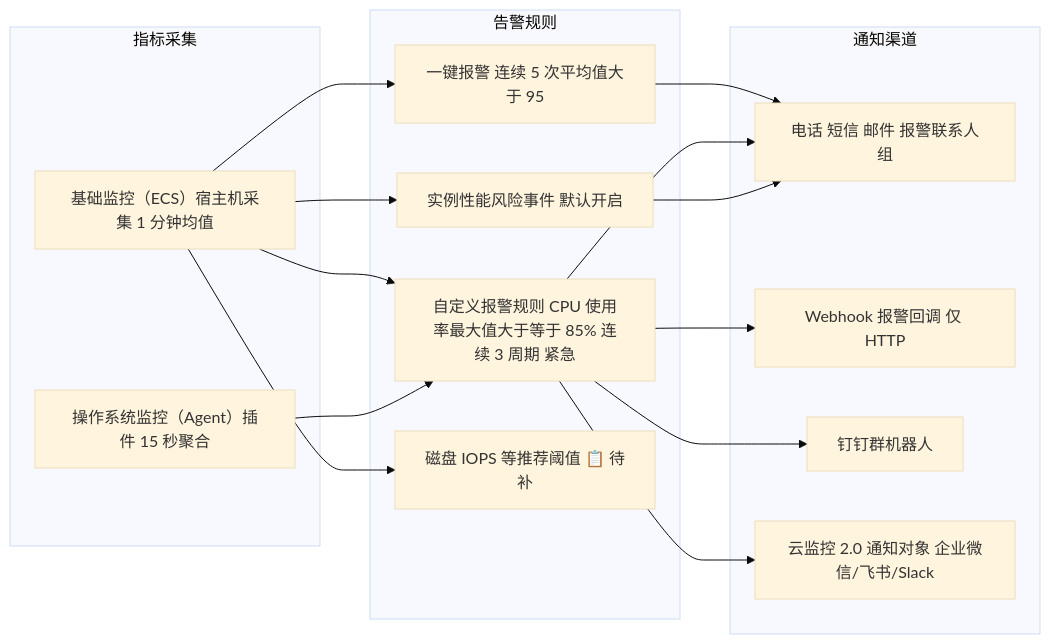
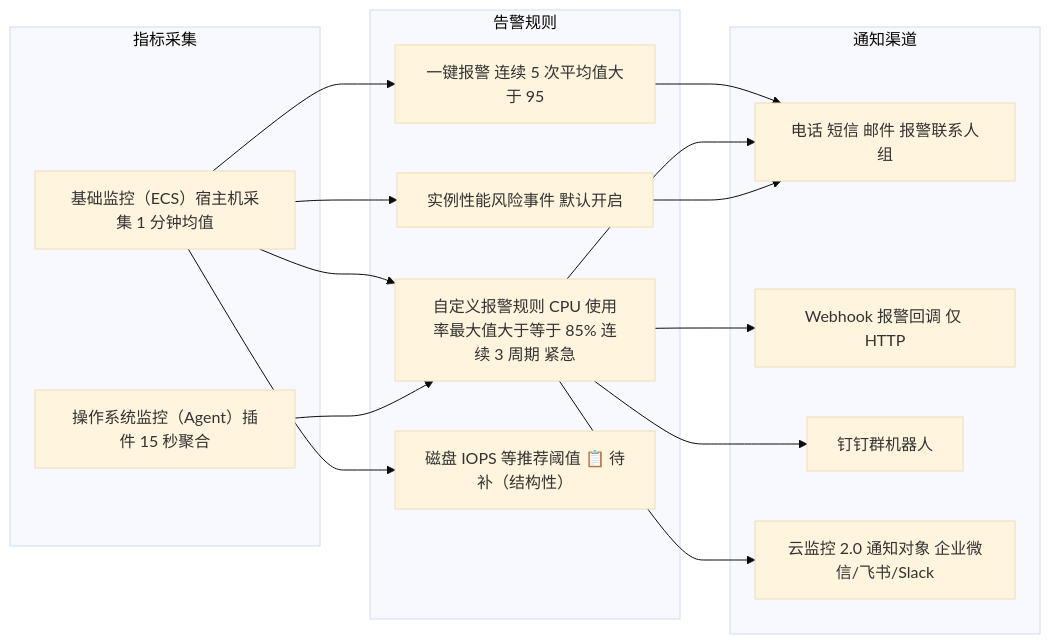
The diagram in products/ecs/09-监控与告警.md (kudig-io/checky), drawn with Mermaid (base theme) before and after one commit. The commit also changed other lines of this file and 103 other files, not shown here.

````diff
--- a/products/ecs/09-监控与告警.md
+++ b/products/ecs/09-监控与告警.md
@@ -7,30 +7,30 @@
 ```mermaid
 flowchart LR
   subgraph P["指标采集"]
     A["基础监控（ECS）宿主机采集 1 分钟均值"]
     B["操作系统监控（Agent）插件 15 秒聚合"]
   end
   subgraph R["告警规则"]
     C["一键报警 连续 5 次平均值大于 95"]
     D["自定义报警规则 CPU 使用率最大值大于等于 85% 连续 3 周期 紧急"]
     E["实例性能风险事件 默认开启"]
-    F["磁盘 IOPS 等推荐阈值 📋 待补"]
+    F["磁盘 IOPS 等推荐阈值 📋 待补（结构性）"]
   end
   subgraph Q["通知渠道"]
     G["电话 短信 邮件 报警联系人组"]
     H["Webhook 报警回调 仅 HTTP"]
     I["钉钉群机器人"]
     J["云监控 2.0 通知对象 企业微信/飞书/Slack"]
   end
   A --> C
   A --> D
   B --> D
   A --> E
   A --> F
   C --> G
   D --> G
   E --> G
   D --> H
   D --> I
   D --> J
 ```
````
